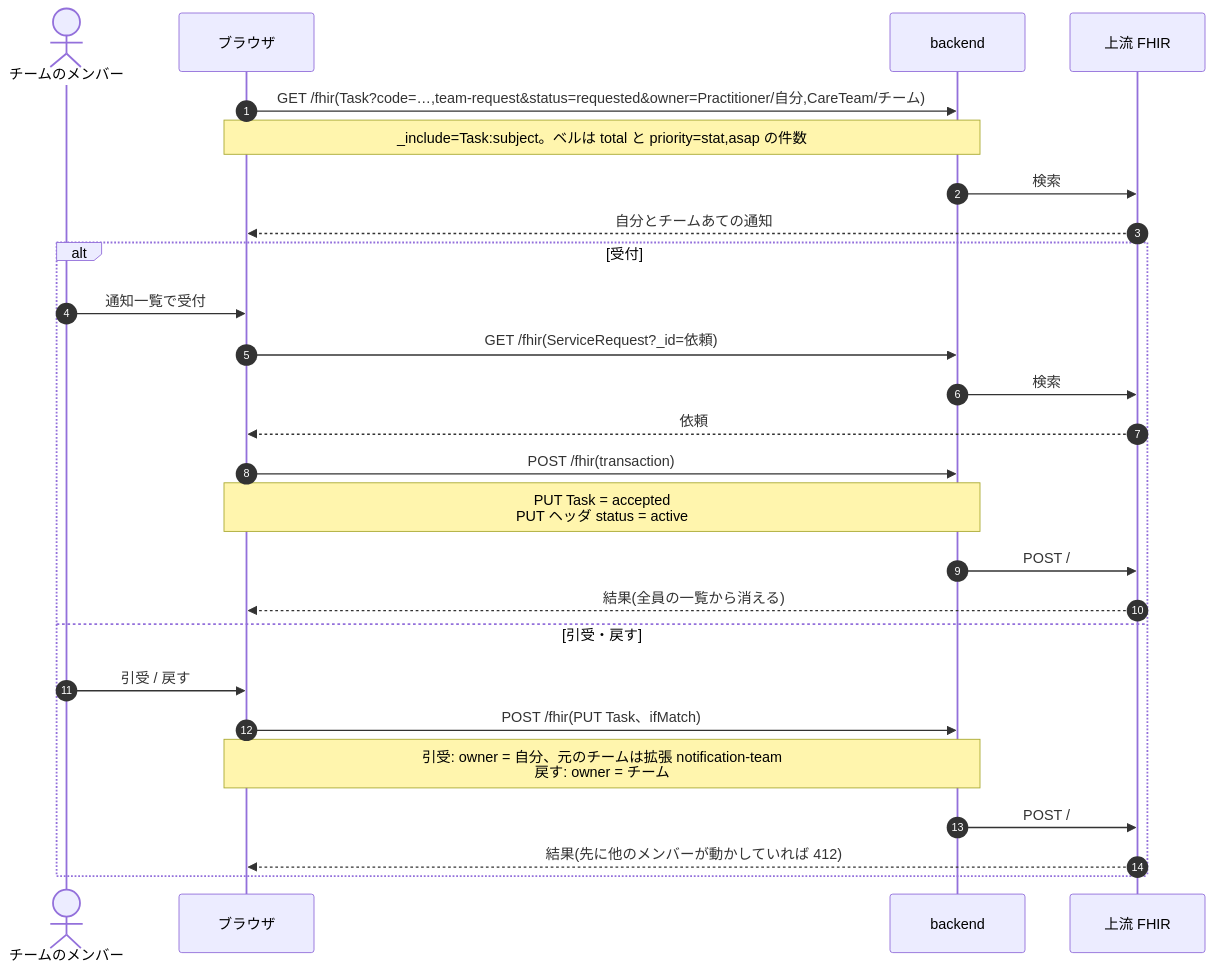
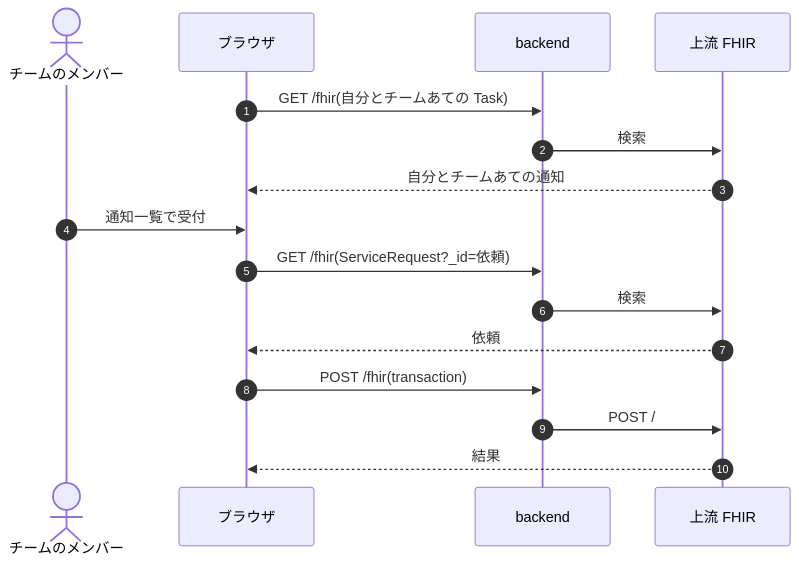
Before and after one commit to ysnr-dev/fhir-client-docs: the tenth of 11 diagrams in docs/dev/consult-team.md, drawn with Mermaid. The commit also changed other lines of this file and 43 other files, not shown here.

Commit message:
docs: 業務フローとシーケンス図を写し直し

````diff
--- a/docs/dev/consult-team.md
+++ b/docs/dev/consult-team.md
@@ -194,29 +348,19 @@
 ```mermaid
 sequenceDiagram
   autonumber
   actor Mem as チームのメンバー
   participant UI as ブラウザ
   participant BE as backend
   participant FHIR as 上流 FHIR
 
-  UI->>BE: GET /fhir(Task?code=…,team-request&status=requested&owner=Practitioner/自分,CareTeam/チーム)
-  Note over UI,BE: _include=Task:subject。ベルは total と priority=stat,asap の件数
+  UI->>BE: GET /fhir(自分とチームあての Task)
   BE->>FHIR: 検索
   FHIR-->>UI: 自分とチームあての通知
-  alt 受付
-    Mem->>UI: 通知一覧で受付
-    UI->>BE: GET /fhir(ServiceRequest?_id=依頼)
-    BE->>FHIR: 検索
-    FHIR-->>UI: 依頼
-    UI->>BE: POST /fhir(transaction)
-    Note over UI,BE: PUT Task = accepted<br/>PUT ヘッダ status = active
-    BE->>FHIR: POST /
-    FHIR-->>UI: 結果(全員の一覧から消える)
-  else 引受・戻す
-    Mem->>UI: 引受 / 戻す
-    UI->>BE: POST /fhir(PUT Task、ifMatch)
-    Note over UI,BE: 引受: owner = 自分、元のチームは拡張 notification-team<br/>戻す: owner = チーム
-    BE->>FHIR: POST /
-    FHIR-->>UI: 結果(先に他のメンバーが動かしていれば 412)
-  end
+  Mem->>UI: 通知一覧で受付
+  UI->>BE: GET /fhir(ServiceRequest?_id=依頼)
+  BE->>FHIR: 検索
+  FHIR-->>UI: 依頼
+  UI->>BE: POST /fhir(transaction)
+  BE->>FHIR: POST /
+  FHIR-->>UI: 結果
 ```
````
